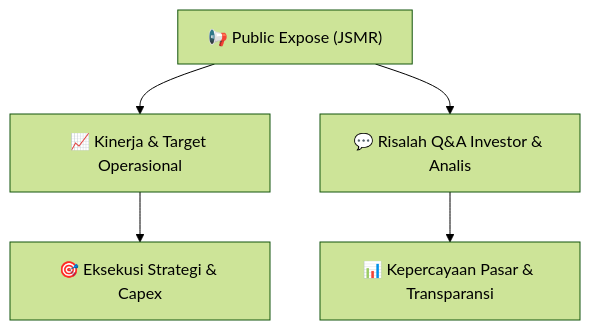
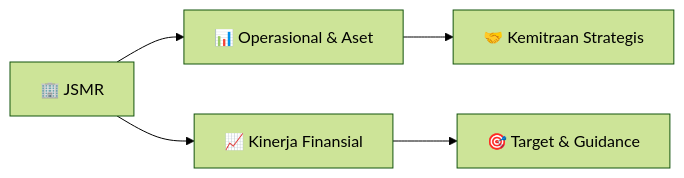
Before and after one commit to anYoneo/alphadigest-idx: the diagram in reports/summaries/public-exposes/informasi-pubex/JSMR_Public_Expose_20260904.md, drawn with Mermaid (forest theme). The commit also changed other lines of this file and 526 other files, not shown here.

````diff
--- a/reports/summaries/public-exposes/informasi-pubex/JSMR_Public_Expose_20260904.md
+++ b/reports/summaries/public-exposes/informasi-pubex/JSMR_Public_Expose_20260904.md
@@ -15,7 +187,7 @@
 ```mermaid
-flowchart TD
-    A["📢 Public Expose (JSMR)"] --> B["📈 Kinerja & Target Operasional"]
-    A --> C["💬 Risalah Q&A Investor & Analis"]
-    B --> D["🎯 Eksekusi Strategi & Capex"]
-    C --> E["📊 Kepercayaan Pasar & Transparansi"]
+flowchart LR
+    A["🏢 JSMR"] --> B["📊 Operasional & Aset"]
+    A --> C["📈 Kinerja Finansial"]
+    B --> D["🤝 Kemitraan Strategis"]
+    C --> E["🎯 Target & Guidance"]
 ```
````
